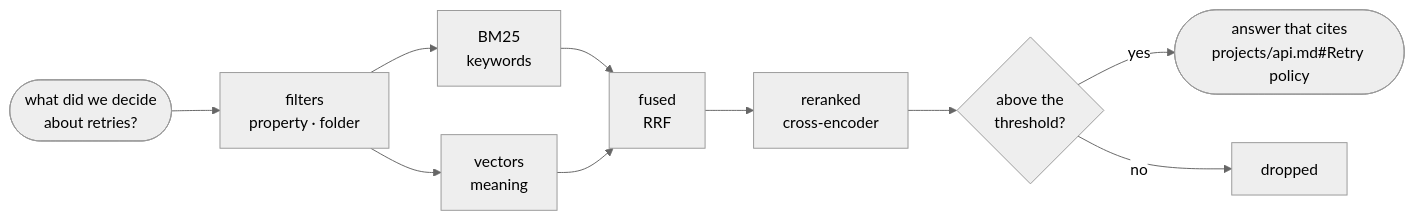
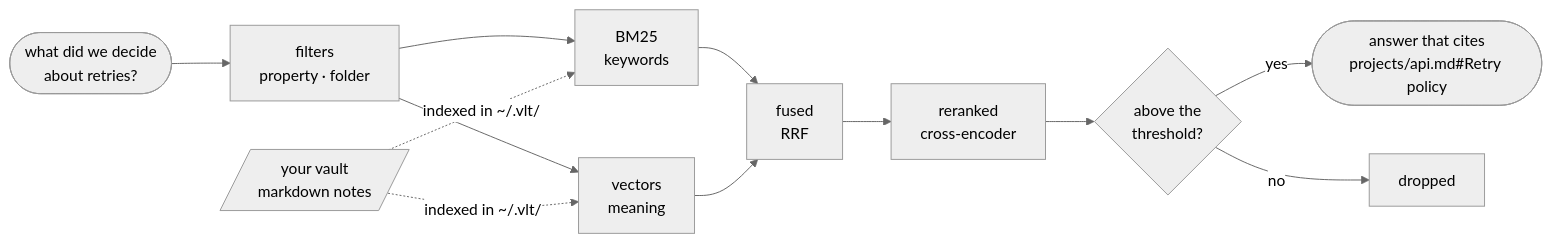
Before and after one commit to andresdigiovanni/vlt: the diagram in README.md, drawn with Mermaid (neutral theme). The commit also changed other lines of this file, not shown here.

````diff
--- a/README.md
+++ b/README.md
@@ -19,12 +30,14 @@
 ```mermaid
 flowchart LR
     Q(["what did we decide<br/>about retries?"]) --> F["filters<br/>property · folder"]
     F --> B["BM25<br/>keywords"]
     F --> V["vectors<br/>meaning"]
+    vault[/"your vault<br/>markdown notes"/] -. "indexed in ~/.vlt/" .-> B
+    vault -. "indexed in ~/.vlt/" .-> V
     B --> R["fused<br/>RRF"]
     V --> R
     R --> X["reranked<br/>cross-encoder"]
     X --> T{"above the<br/>threshold?"}
     T -- yes --> A(["answer that cites<br/>projects/api.md#Retry policy"])
     T -- no --> D["dropped"]
 ```
````
